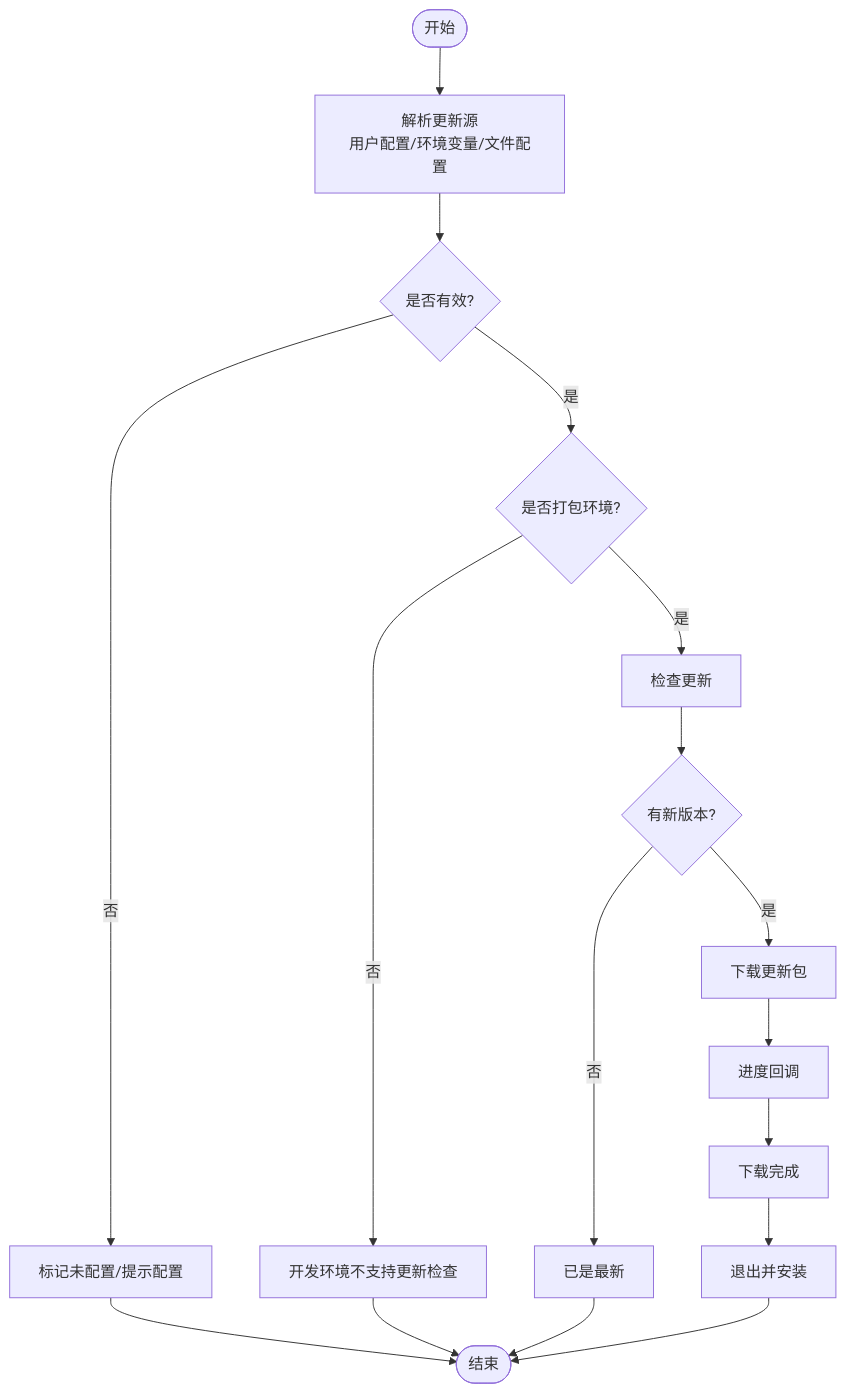
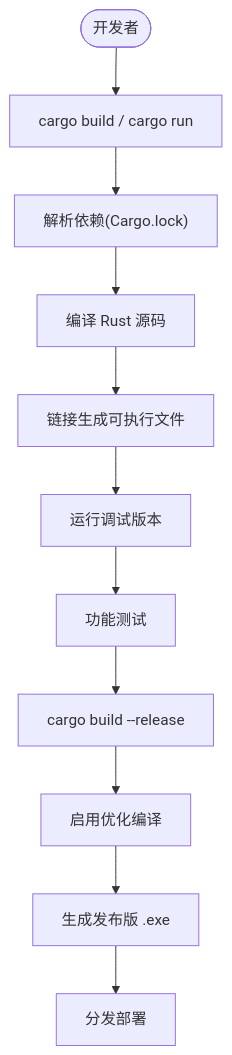
Before and after one commit to PezMax/PezMax-One: the second of 3 diagrams in repowiki/zh/content/桌面应用开发/构建与部署.md, drawn with Mermaid. The commit also changed other lines of this file and 12 other files, not shown here.

````diff
--- a/repowiki/zh/content/桌面应用开发/构建与部署.md
+++ b/repowiki/zh/content/桌面应用开发/构建与部署.md
@@ -188,19 +74,13 @@
 ```mermaid
 flowchart TD
-Start(["开始"]) --> Resolve["解析更新源<br/>用户配置/环境变量/文件配置"]
-Resolve --> Configured{"是否有效?"}
-Configured --> |否| Unconfigured["标记未配置/提示配置"]
-Configured --> |是| CheckPackaged{"是否打包环境?"}
-CheckPackaged --> |否| DevError["开发环境不支持更新检查"]
-CheckPackaged --> |是| CheckUpdate["检查更新"]
-CheckUpdate --> Available{"有新版本?"}
-Available --> |否| NotAvailable["已是最新"]
-Available --> |是| Download["下载更新包"]
-Download --> Progress["进度回调"]
-Progress --> Done["下载完成"]
-Done --> Install["退出并安装"]
-Unconfigured --> End(["结束"])
-DevError --> End
-NotAvailable --> End
-Install --> End
+Dev(["开发者"]) --> CargoBuild["cargo build / cargo run"]
+CargoBuild --> ResolveDep["解析依赖(Cargo.lock)"]
+ResolveDep --> Compile["编译 Rust 源码"]
+Compile --> Link["链接生成可执行文件"]
+Link --> DevRun["运行调试版本"]
+DevRun --> Test["功能测试"]
+Test --> Release["cargo build --release"]
+Release --> Optimize["启用优化编译"]
+Optimize --> Binary["生成发布版 .exe"]
+Binary --> Deploy["分发部署"]
 ```
````
